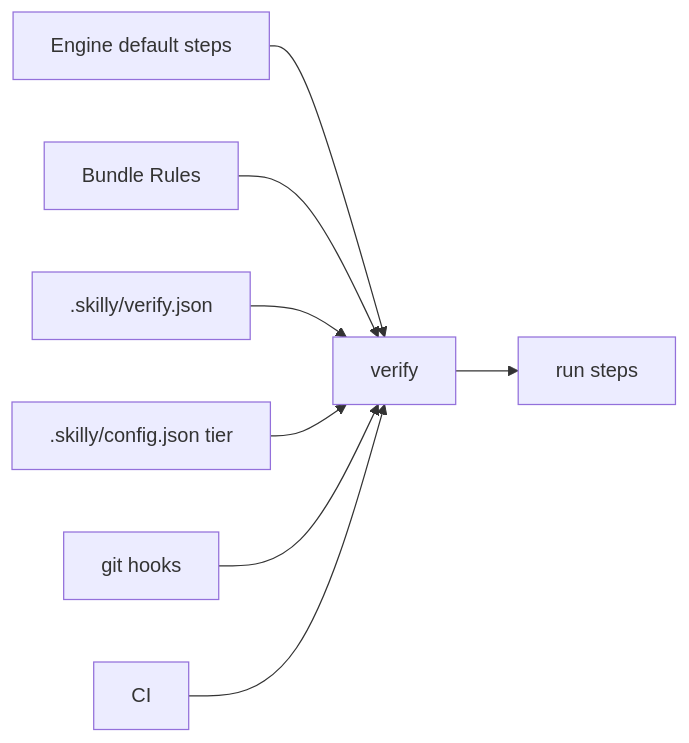
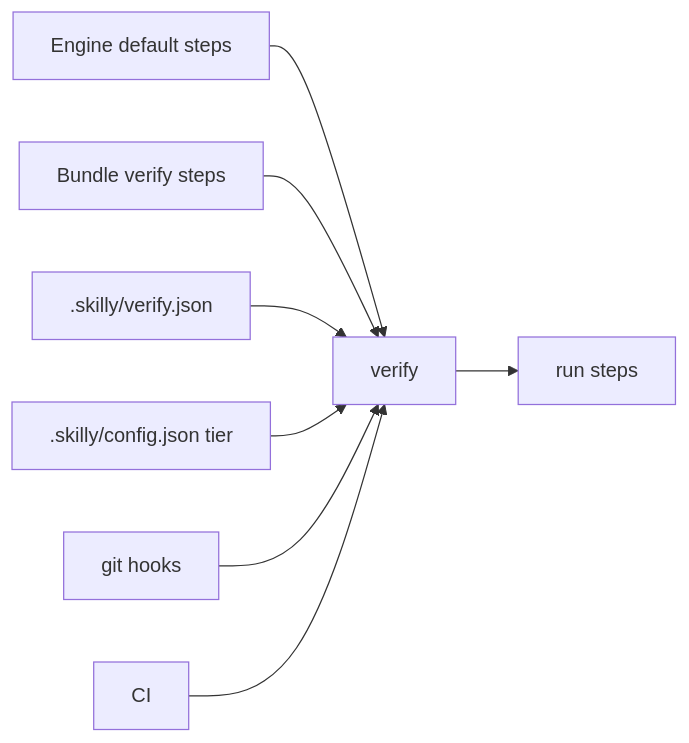
The first of 5 diagrams in docs/dev-process.md (timschoch/skilly), drawn with Mermaid before and after one commit. The commit also changed other lines of this file and 6 other files, not shown here.

````diff
--- a/docs/dev-process.md
+++ b/docs/dev-process.md
@@ -5,10 +5,10 @@
 ```mermaid
 flowchart LR
   defaults[Engine default steps] --> verify
-  bundles[Bundle Rules] --> verify
+  bundles[Bundle verify steps] --> verify
   own[".skilly/verify.json"] --> verify
   tier[".skilly/config.json tier"] --> verify
   hooks[git hooks] --> verify
   ci[CI] --> verify
   verify --> steps[run steps]
 ```
````
